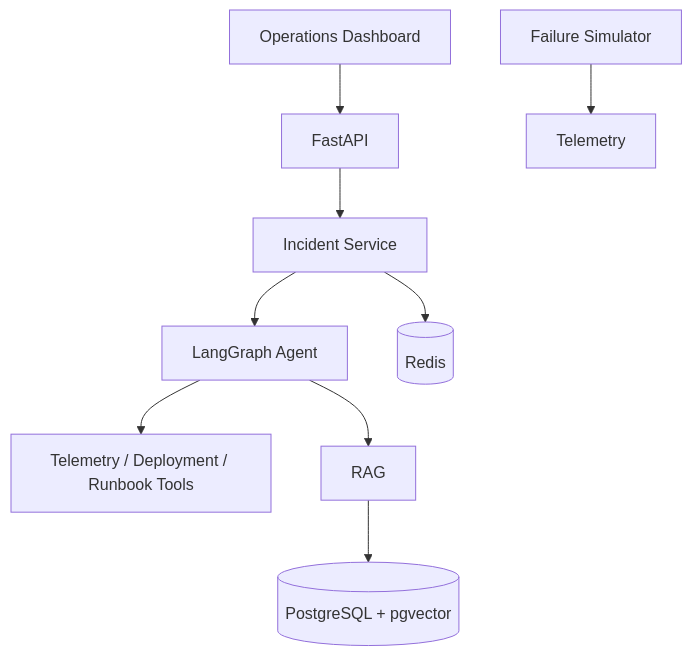
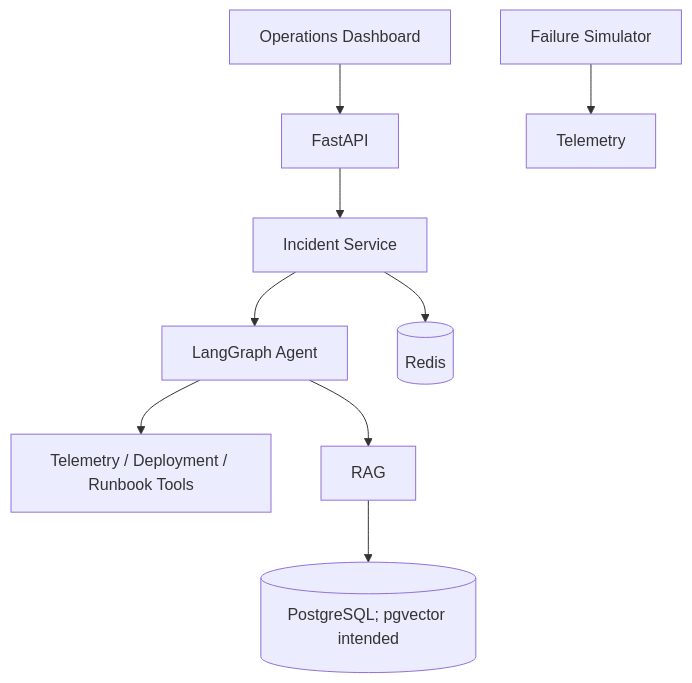
One commit to AloneRider-pixel/aegis changed the diagram in README.md. Above: the diagram before and after it, drawn with Mermaid. The commit also changed other lines of this file, not shown here.

````diff
--- a/README.md
+++ b/README.md
@@ -47,11 +46,11 @@
 ```mermaid
 graph TB
     UI[Operations Dashboard] --> API[FastAPI]
     API --> INC[Incident Service]
     INC --> AGENT[LangGraph Agent]
     AGENT --> TOOLS[Telemetry / Deployment / Runbook Tools]
     AGENT --> RAG[RAG]
-    RAG --> PG[(PostgreSQL + pgvector)]
+    RAG --> PG[(PostgreSQL; pgvector intended)]
     INC --> REDIS[(Redis)]
     SIM[Failure Simulator] --> TEL[Telemetry]
 ```
````
